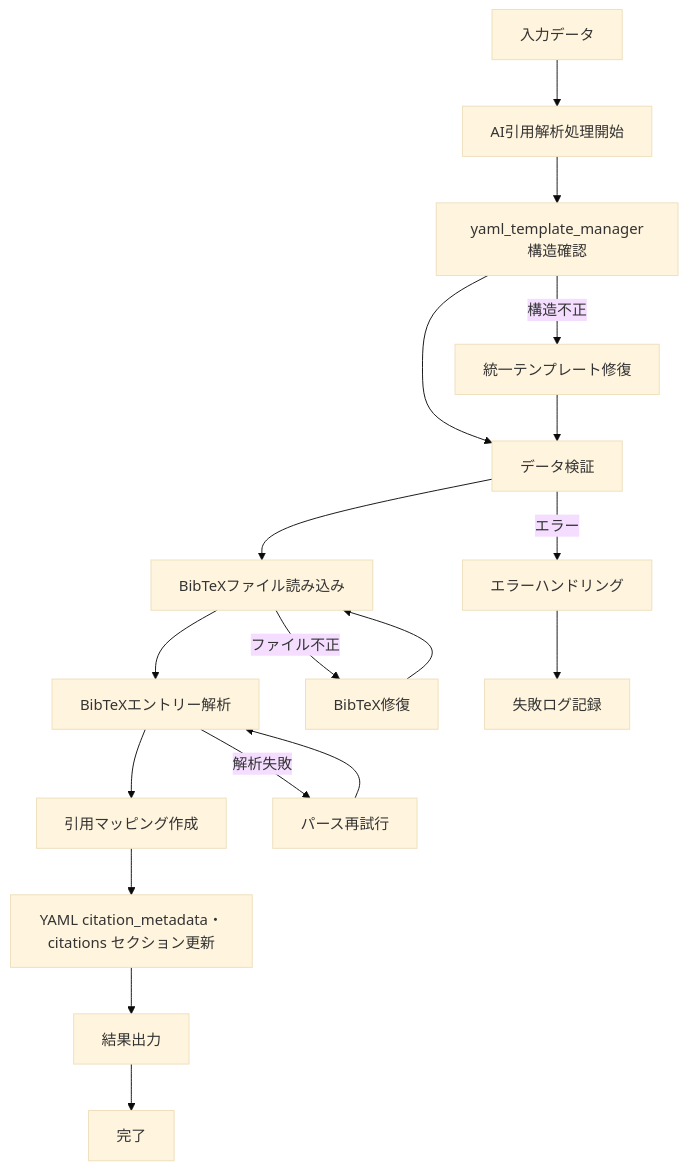
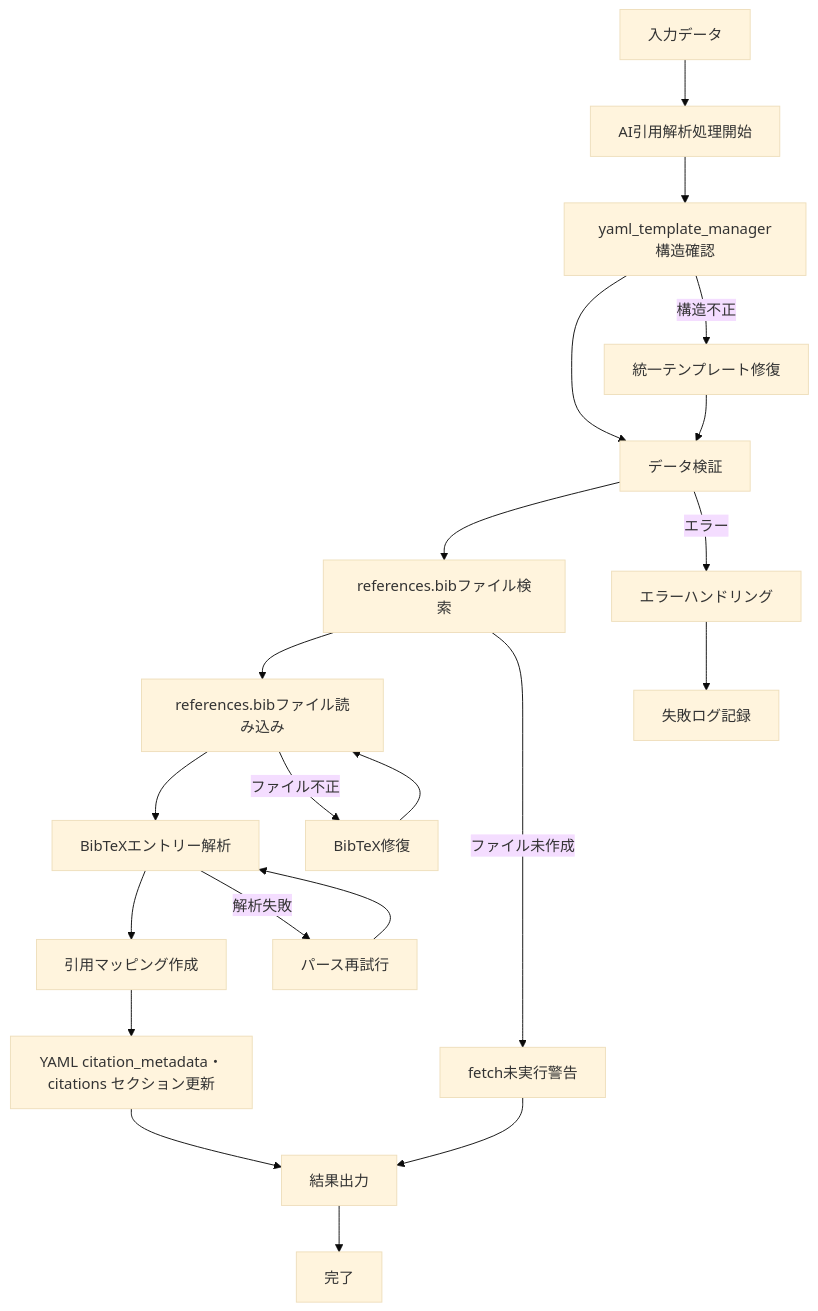
One commit to shuu5/ObsClippingsManager changed the first of 2 diagrams in code/contexts/enhanced_citation_parser_specification.md. Above: the diagram before and after it, drawn with Mermaid (base theme). The commit also changed other lines of this file and 4 other files, not shown here.

````diff
--- a/code/contexts/enhanced_citation_parser_specification.md
+++ b/code/contexts/enhanced_citation_parser_specification.md
@@ -9,21 +10,24 @@
 ```mermaid
 flowchart TD
     A["入力データ"] --> B["AI引用解析処理開始"]
     B --> C["yaml_template_manager構造確認"]
     C --> D["データ検証"]
-    D --> E["BibTeXファイル読み込み"]
-    E --> F["BibTeXエントリー解析"]
-    F --> G["引用マッピング作成"]
-    G --> H["YAML citation_metadata・citations セクション更新"]
-    H --> I["結果出力"]
-    I --> J["完了"]
+    D --> E["references.bibファイル検索"]
+    E --> F["references.bibファイル読み込み"]
+    F --> G["BibTeXエントリー解析"]
+    G --> H["引用マッピング作成"]
+    H --> I["YAML citation_metadata・citations セクション更新"]
+    I --> J["結果出力"]
+    J --> K["完了"]
     
-    C -->|構造不正| K["統一テンプレート修復"]
-    D -->|エラー| L["エラーハンドリング"]
-    E -->|ファイル不正| M["BibTeX修復"]
-    F -->|解析失敗| N["パース再試行"]
-    K --> D
-    L --> O["失敗ログ記録"]
-    M --> E
-    N --> F
+    C -->|構造不正| L["統一テンプレート修復"]
+    D -->|エラー| M["エラーハンドリング"]
+    E -->|ファイル未作成| N["fetch未実行警告"]
+    F -->|ファイル不正| O["BibTeX修復"]
+    G -->|解析失敗| P["パース再試行"]
+    L --> D
+    M --> Q["失敗ログ記録"]
+    N --> J
+    O --> F
+    P --> G
 ```
````
